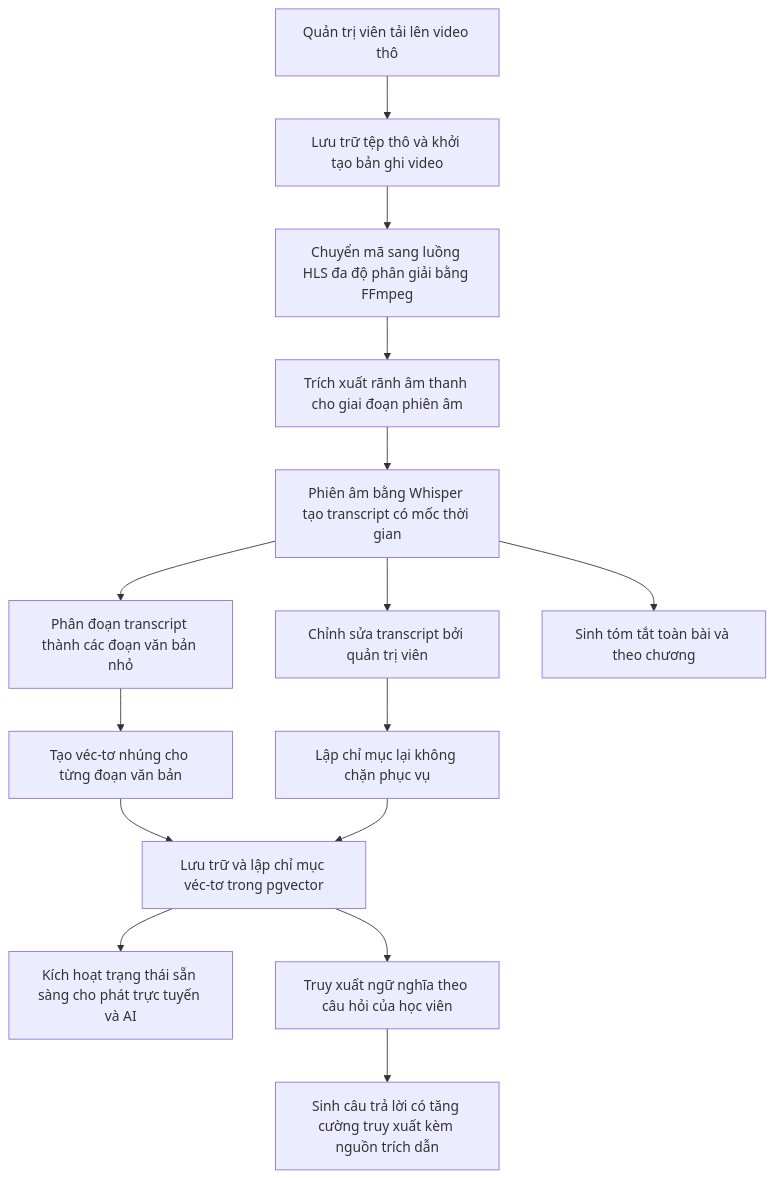
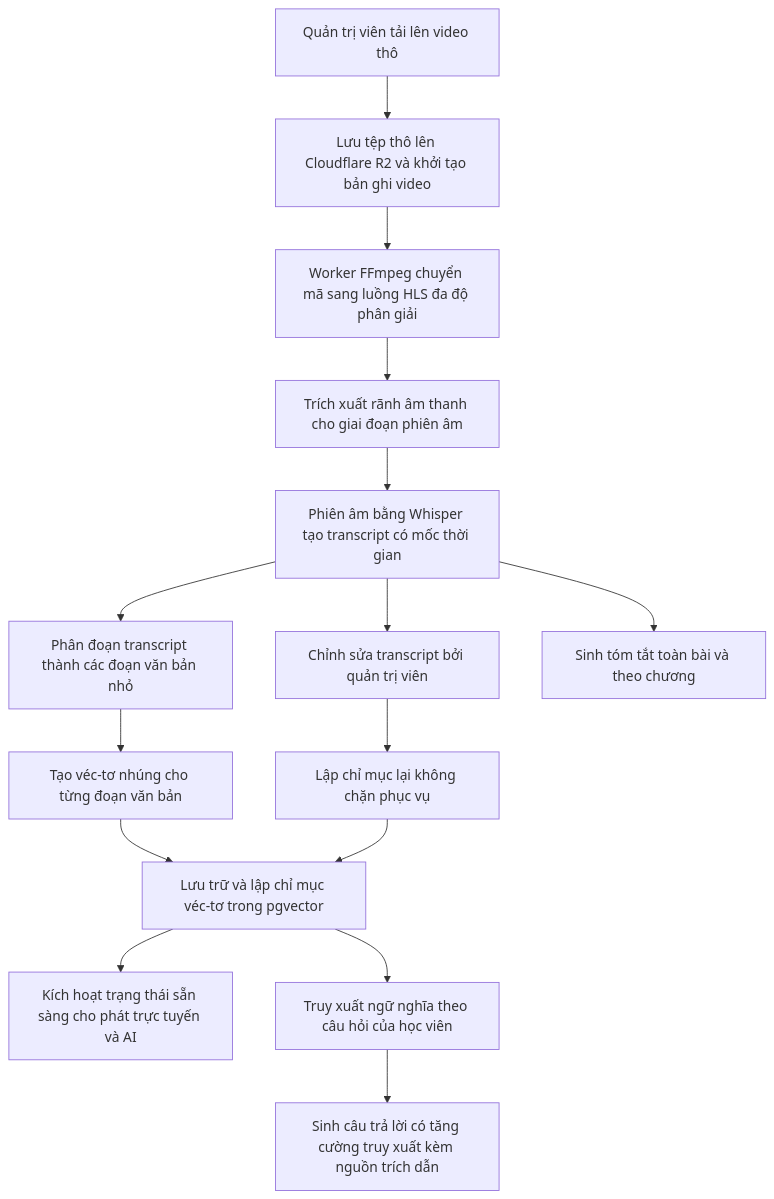
One commit to loctq-vn/elearning-backend changed the first of 3 diagrams in docs/11_BE_AI_Pipeline_Spec.md. Above: the diagram before and after it, drawn with Mermaid. The commit also changed other lines of this file and 7 other files, not shown here.

````diff
--- a/docs/11_BE_AI_Pipeline_Spec.md
+++ b/docs/11_BE_AI_Pipeline_Spec.md
@@ -36,17 +36,17 @@
 ```mermaid
 flowchart TD
-    A[Quản trị viên tải lên video thô] --> B[Lưu trữ tệp thô và khởi tạo bản ghi video]
-    B --> C[Chuyển mã sang luồng HLS đa độ phân giải bằng FFmpeg]
+    A[Quản trị viên tải lên video thô] --> B["Lưu tệp thô lên Cloudflare R2 và khởi tạo bản ghi video"]
+    B --> C[Worker FFmpeg chuyển mã sang luồng HLS đa độ phân giải]
     C --> D[Trích xuất rãnh âm thanh cho giai đoạn phiên âm]
     D --> E[Phiên âm bằng Whisper tạo transcript có mốc thời gian]
     E --> F[Phân đoạn transcript thành các đoạn văn bản nhỏ]
     F --> G[Tạo véc-tơ nhúng cho từng đoạn văn bản]
     G --> H[Lưu trữ và lập chỉ mục véc-tơ trong pgvector]
     H --> I[Kích hoạt trạng thái sẵn sàng cho phát trực tuyến và AI]
     E --> J[Chỉnh sửa transcript bởi quản trị viên]
     J --> K[Lập chỉ mục lại không chặn phục vụ]
     K --> H
     H --> L[Truy xuất ngữ nghĩa theo câu hỏi của học viên]
     L --> M[Sinh câu trả lời có tăng cường truy xuất kèm nguồn trích dẫn]
     E --> N[Sinh tóm tắt toàn bài và theo chương]
 ```
````
